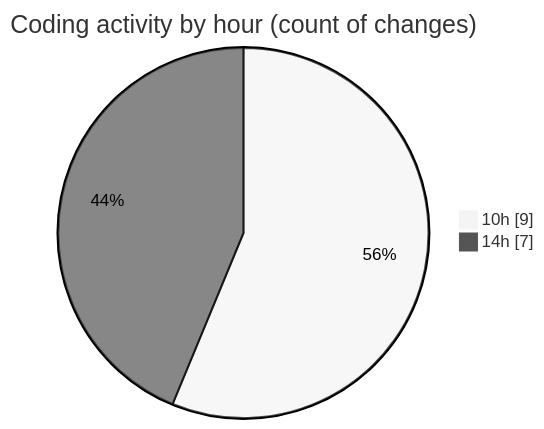
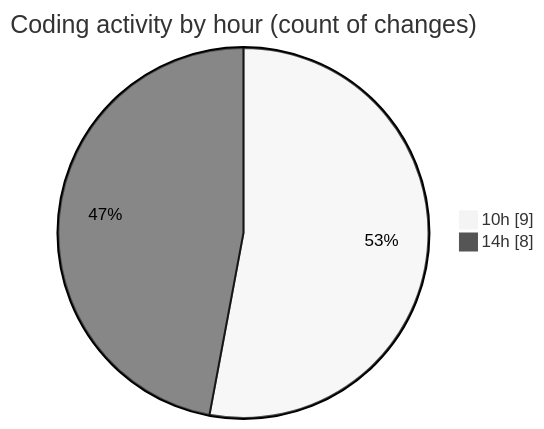
Before and after one commit to nxtqubesakshisongat/code-tracking: the second of 2 diagrams in 2026-02-26/nxtqube_webapp/README.md, drawn with Mermaid (neutral theme). The commit also changed other lines of this file and 1 other file, not shown here.

````diff
--- a/2026-02-26/nxtqube_webapp/README.md
+++ b/2026-02-26/nxtqube_webapp/README.md
@@ -38,6 +38,6 @@
 ```mermaid
 pie showData
 title Coding activity by hour (count of changes)
 "10h" : 9
-"14h" : 7
+"14h" : 8
 ```
````
